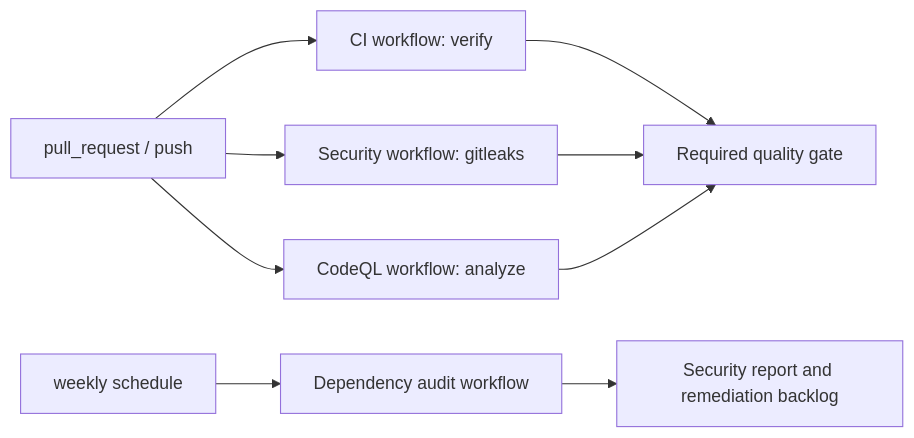
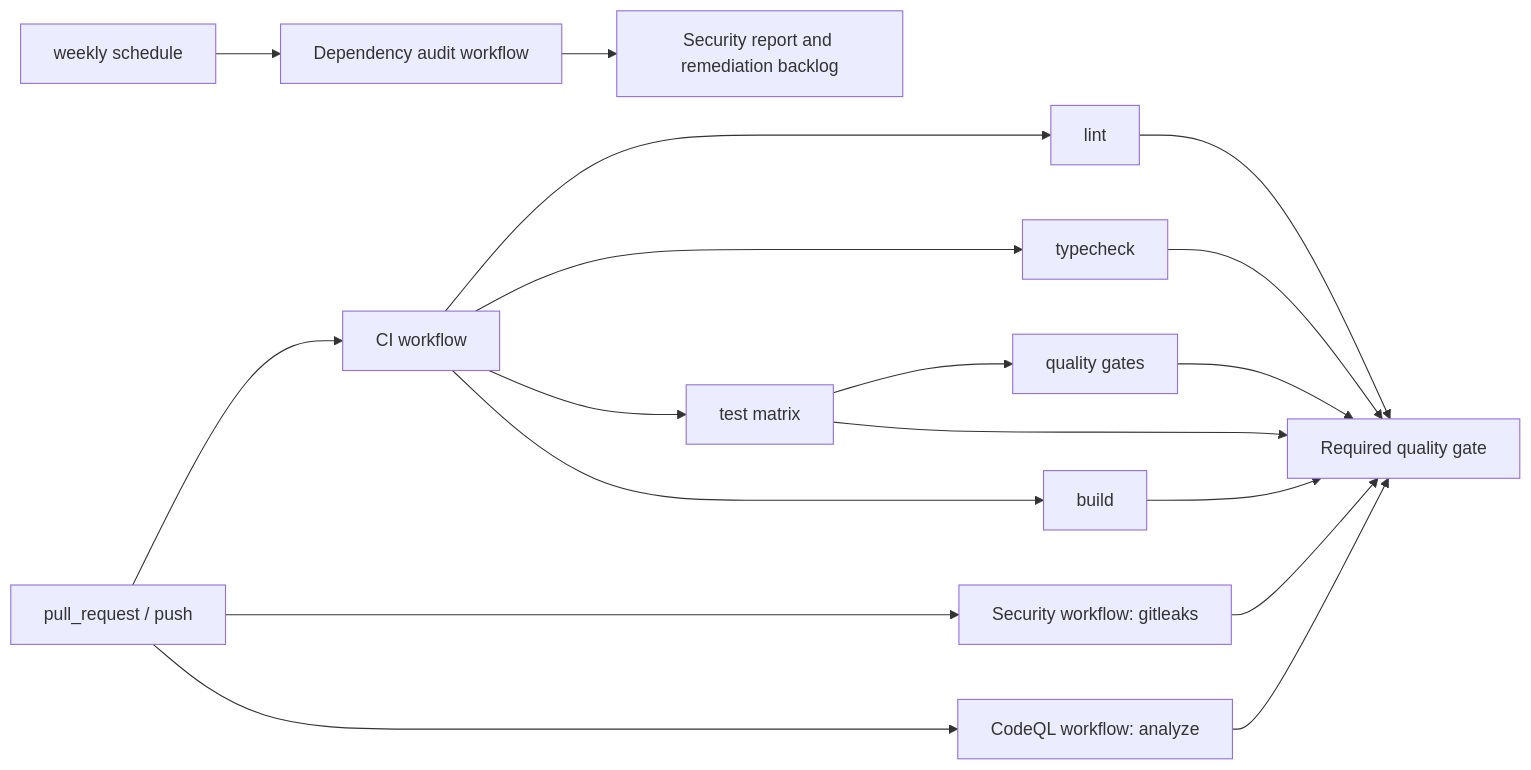
One commit to sebastianspicker/otherlight changed the diagram in docs/ci.md. Above: the diagram before and after it, drawn with Mermaid. The commit also changed other lines of this file and 1 other file, not shown here.

````diff
--- a/docs/ci.md
+++ b/docs/ci.md
@@ -11,11 +11,20 @@
 ```mermaid
 flowchart LR
-  PR["pull_request / push"] --> CI["CI workflow: verify"]
+  PR["pull_request / push"] --> CI["CI workflow"]
   PR --> SEC["Security workflow: gitleaks"]
   PR --> CQL["CodeQL workflow: analyze"]
   SCH["weekly schedule"] --> DEP["Dependency audit workflow"]
-  CI --> GATE["Required quality gate"]
+  CI --> LINT["lint"]
+  CI --> TYPE["typecheck"]
+  CI --> TEST["test matrix"]
+  CI --> BUILD["build"]
+  TEST --> QG["quality gates"]
+  LINT --> GATE["Required quality gate"]
+  TYPE --> GATE
+  TEST --> GATE
+  BUILD --> GATE
+  QG --> GATE
   SEC --> GATE
   CQL --> GATE
   DEP --> REPORT["Security report and remediation backlog"]
 ```
````
